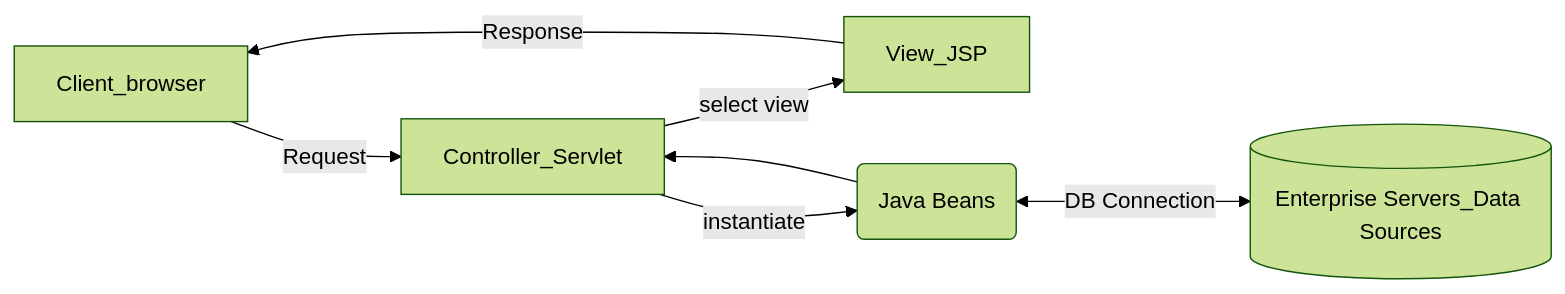
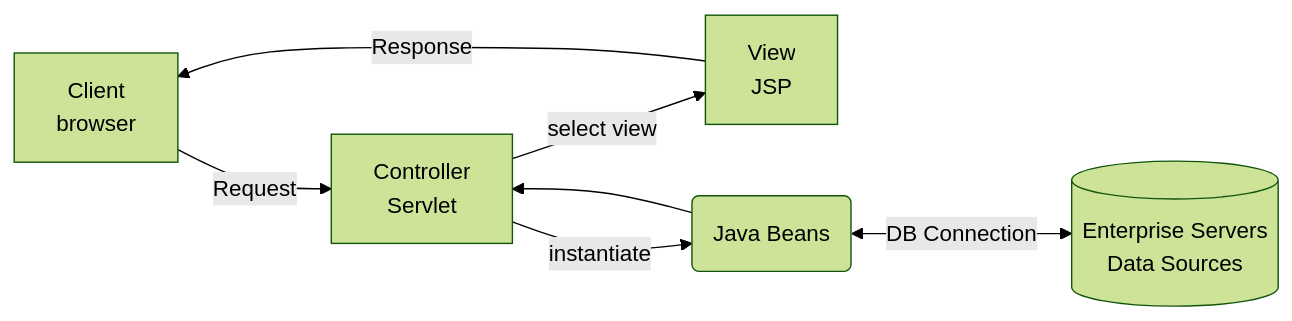
Before and after one commit to hyeerring/webPro: the diagram in 06_jsp/ch04_servlet/README.md, drawn with Mermaid (forest theme). The commit also changed other lines of this file, not shown here.

Commit message:
jsp_ch04

````diff
--- a/06_jsp/ch04_servlet/README.md
+++ b/06_jsp/ch04_servlet/README.md
@@ -5,17 +7,16 @@
 ```mermaid
 flowchart LR
-A[Client_browser]
-B[Controller_Servlet]
-C[View_JSP]
+A[Client<br>browser]
+B[Controller<br>Servlet]
+C[View<br>JSP]
 D(Java Beans)
-E[(Enterprise Servers_Data Sources)]
+E[(Enterprise Servers<br>Data Sources)]
 
 A -->|Request| B
 
 B --> |select view|C
 B -->|instantiate| D
 C -->|Response| A
 D --> B
 D <-->|DB Connection| E
-
 ```
````
